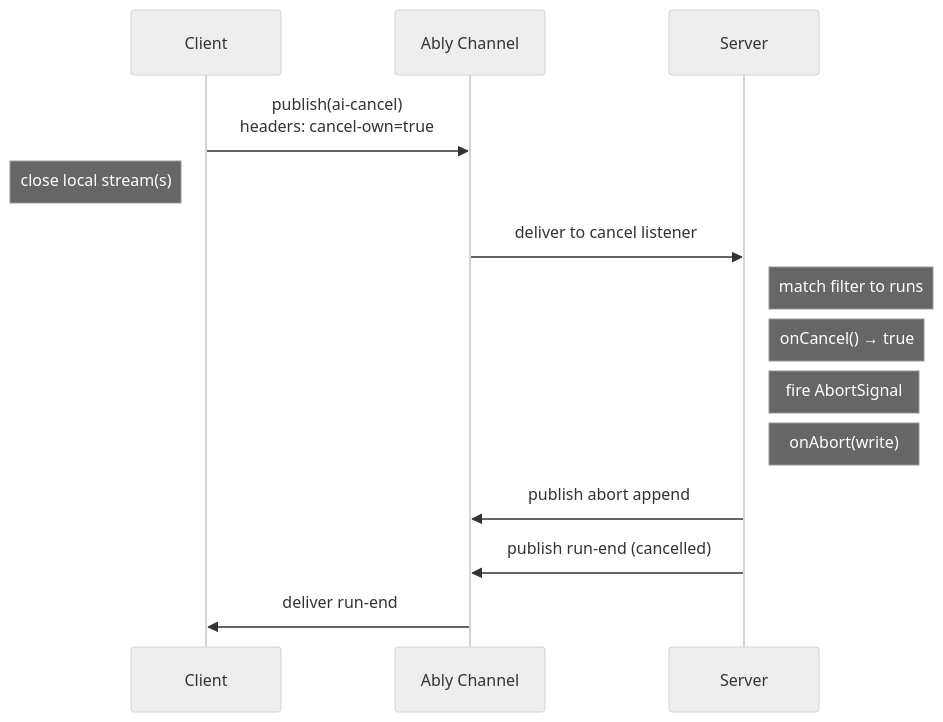
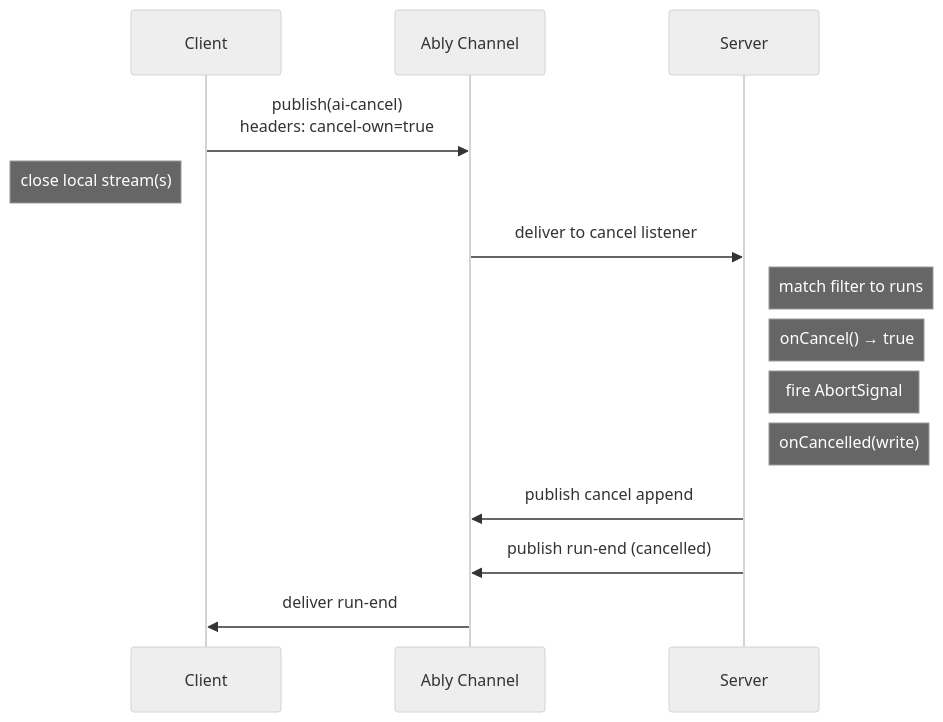
One commit to ably/ably-ai-transport-js changed the diagram in docs/features/cancel.md. Above: the diagram before and after it, drawn with Mermaid (neutral theme). The commit also changed other lines of this file and 15 other files, not shown here.

````diff
--- a/docs/features/cancel.md
+++ b/docs/features/cancel.md
@@ -85,17 +85,17 @@
 ```mermaid
 sequenceDiagram
     participant C as Client
     participant Ch as Ably Channel
     participant S as Server
 
     C->>Ch: publish(ai-cancel)<br/>headers: cancel-own=true
     Note left of C: close local stream(s)
     Ch->>S: deliver to cancel listener
     Note right of S: match filter to runs
     Note right of S: onCancel() → true
     Note right of S: fire AbortSignal
-    Note right of S: onAbort(write)
-    S->>Ch: publish abort append
+    Note right of S: onCancelled(write)
+    S->>Ch: publish cancel append
     S->>Ch: publish run-end (cancelled)
     Ch->>C: deliver run-end
 ```
````
